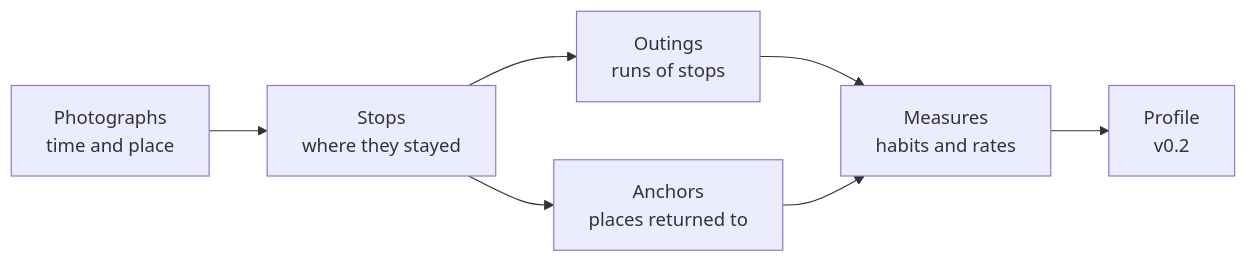
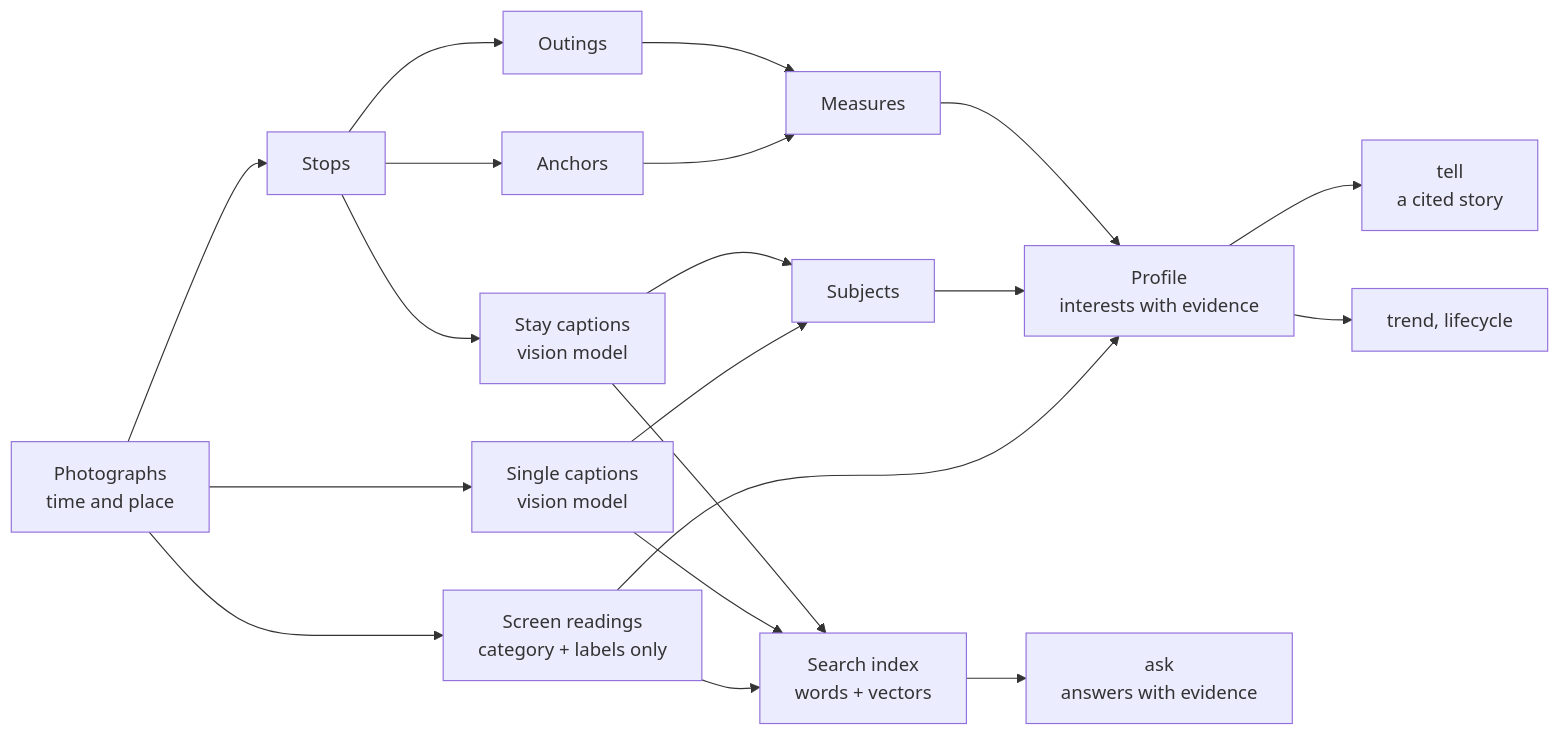
Before and after one commit to Nananananana/kiseki: the second of 4 diagrams in README.md, drawn with Mermaid. The commit also changed other lines of this file and 5 other files, not shown here.

````diff
--- a/README.md
+++ b/README.md
@@ -67,9 +106,22 @@
 ```mermaid
 flowchart LR
-    P["Photographs<br/>time and place"] --> S["Stops<br/>where they stayed"]
-    S --> O["Outings<br/>runs of stops"]
-    S --> A["Anchors<br/>places returned to"]
-    O --> M["Measures<br/>habits and rates"]
-    A --> M
-    M --> R["Profile<br/>v0.2"]
+    P["Photographs<br/>time and place"] --> S["Stops"]
+    S --> O["Outings"]
+    S --> AN["Anchors"]
+    O --> M["Measures"]
+    AN --> M
+    S --> CA["Stay captions<br/>vision model"]
+    P --> SI["Single captions<br/>vision model"]
+    P --> SC["Screen readings<br/>category + labels only"]
+    CA --> SU["Subjects"]
+    SI --> SU
+    M --> PR["Profile<br/>interests with evidence"]
+    SU --> PR
+    SC --> PR
+    PR --> TL["tell<br/>a cited story"]
+    PR --> LC["trend, lifecycle"]
+    CA --> IX["Search index<br/>words + vectors"]
+    SI --> IX
+    SC --> IX
+    IX --> AS["ask<br/>answers with evidence"]
 ```
````
